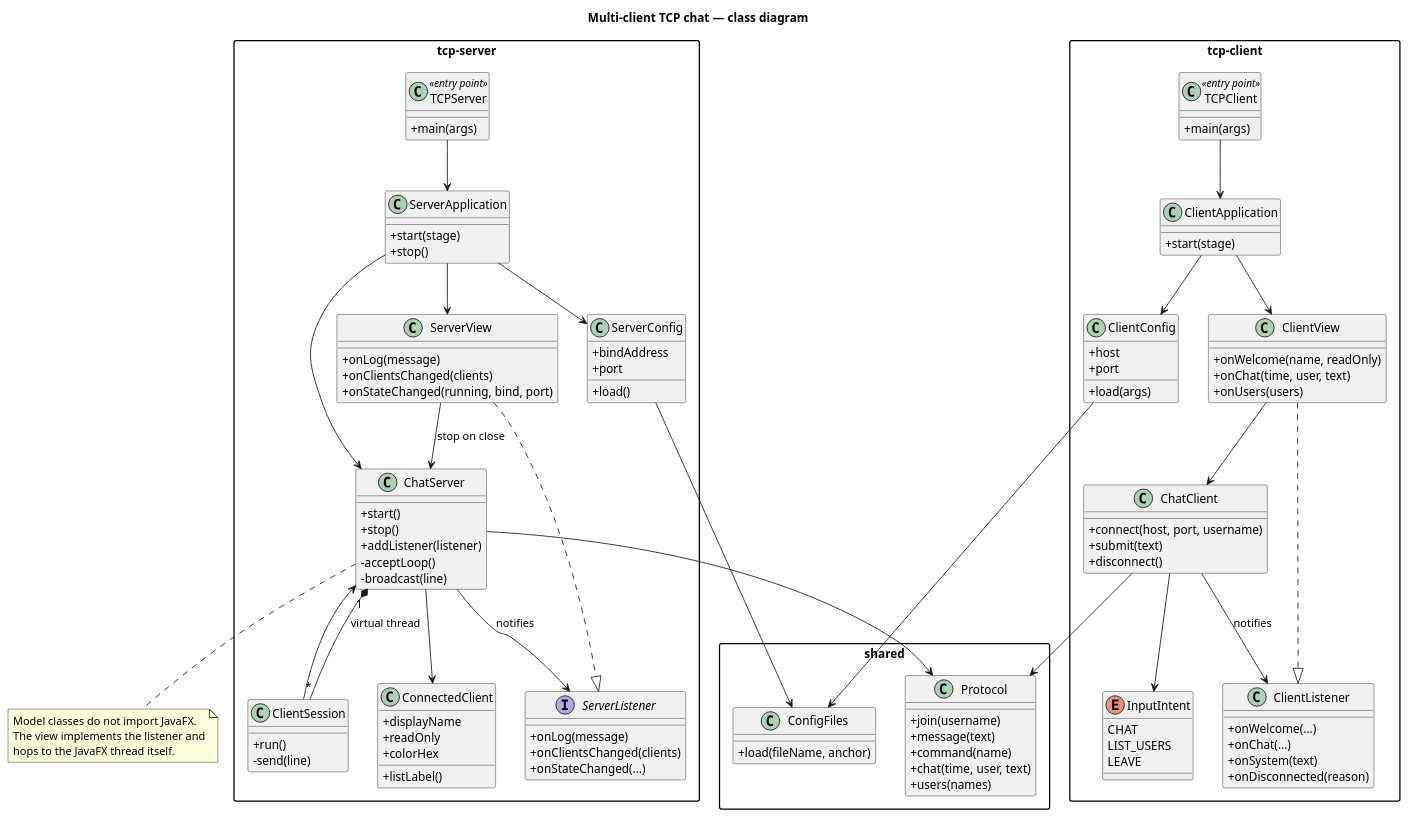
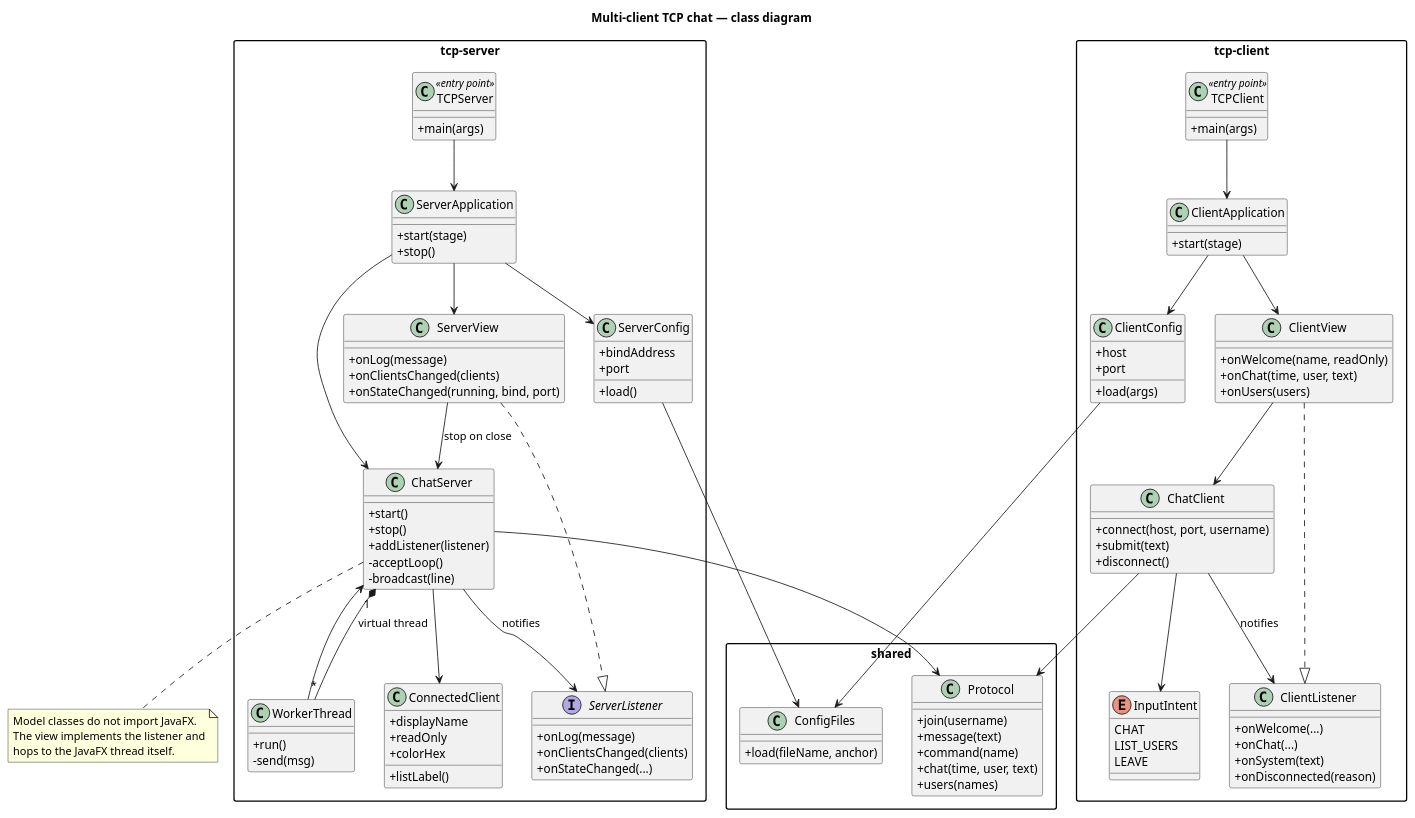
The diagram in docs/uml/class-diagram.puml (marwaerrahmani/paradigms-project1), drawn with PlantUML before and after one commit. The commit also changed 10 other files, not shown here.

First line of the commit message:
Use the course socket style for the chat server and client.

```diff
--- a/docs/uml/class-diagram.puml
+++ b/docs/uml/class-diagram.puml
@@ -1,125 +1,125 @@
 @startuml
 skinparam shadowing false
 skinparam classAttributeIconSize 0
 skinparam packageStyle rectangle
 title Multi-client TCP chat — class diagram
 
 package "tcp-server" {
   class TCPServer <<entry point>> {
     +main(args)
   }
   class ServerApplication {
     +start(stage)
     +stop()
   }
   class ServerView {
     +onLog(message)
     +onClientsChanged(clients)
     +onStateChanged(running, bind, port)
   }
   class ChatServer {
     +start()
     +stop()
     +addListener(listener)
     -acceptLoop()
     -broadcast(line)
   }
-  class ClientSession {
+  class WorkerThread {
     +run()
-    -send(line)
+    -send(msg)
   }
   class ConnectedClient {
     +displayName
     +readOnly
     +colorHex
     +listLabel()
   }
   interface ServerListener {
     +onLog(message)
     +onClientsChanged(clients)
     +onStateChanged(...)
   }
   class ServerConfig {
     +bindAddress
     +port
     +load()
   }
 }
 
 package "shared" {
   class Protocol {
     +join(username)
     +message(text)
     +command(name)
     +chat(time, user, text)
     +users(names)
   }
   class ConfigFiles {
     +load(fileName, anchor)
   }
 }
 
 package "tcp-client" {
   class TCPClient <<entry point>> {
     +main(args)
   }
   class ClientApplication {
     +start(stage)
   }
   class ClientView {
     +onWelcome(name, readOnly)
     +onChat(time, user, text)
     +onUsers(users)
   }
   class ChatClient {
     +connect(host, port, username)
     +submit(text)
     +disconnect()
   }
   class ClientListener {
     +onWelcome(...)
     +onChat(...)
     +onSystem(text)
     +onDisconnected(reason)
   }
   enum InputIntent {
     CHAT
     LIST_USERS
     LEAVE
   }
   class ClientConfig {
     +host
     +port
     +load(args)
   }
 }
 
 TCPServer --> ServerApplication
 ServerApplication --> ServerView
 ServerApplication --> ChatServer
 ServerApplication --> ServerConfig
 ServerView ..|> ServerListener
 ServerView --> ChatServer : stop on close
 ChatServer --> ServerListener : notifies
-ChatServer "1" *-- "*" ClientSession : virtual thread
+ChatServer "1" *-- "*" WorkerThread : virtual thread
 ChatServer --> ConnectedClient
 ChatServer --> Protocol
-ClientSession --> ChatServer
+WorkerThread --> ChatServer
 ServerConfig --> ConfigFiles
 
 TCPClient --> ClientApplication
 ClientApplication --> ClientView
 ClientApplication --> ClientConfig
 ClientView ..|> ClientListener
 ClientView --> ChatClient
 ChatClient --> ClientListener : notifies
 ChatClient --> Protocol
 ChatClient --> InputIntent
 ClientConfig --> ConfigFiles
 
 note bottom of ChatServer
   Model classes do not import JavaFX.
   The view implements the listener and
   hops to the JavaFX thread itself.
 end note
 @enduml
```
